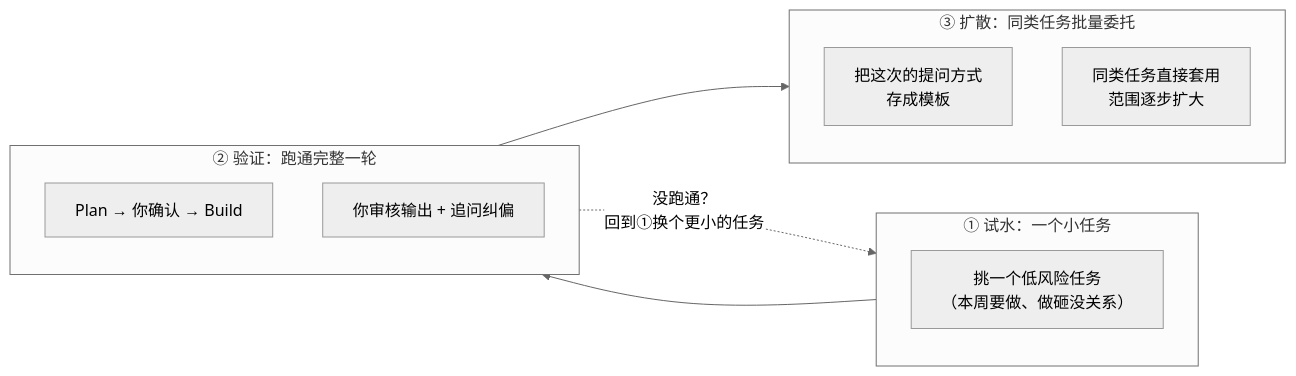
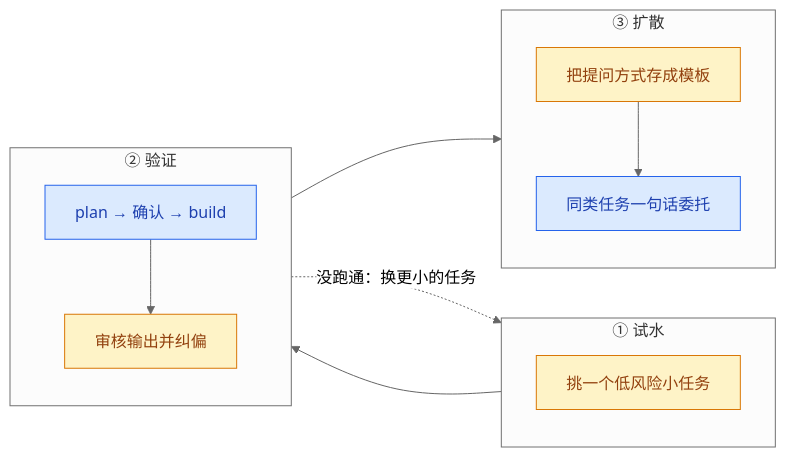
The sixth of 7 diagrams in ppt/ppt1-intro/opencode-getting-started.md (masonsxu/notes), drawn with Mermaid (neutral theme) before and after one commit. The commit also changed other lines of this file and 1 other file, not shown here.

````diff
--- a/ppt/ppt1-intro/opencode-getting-started.md
+++ b/ppt/ppt1-intro/opencode-getting-started.md
@@ -471,16 +500,17 @@
 ```mermaid
 flowchart LR
-    subgraph S1["① 试水：一个小任务"]
-        A["挑一个低风险任务<br/>（本周要做、做砸没关系）"]
+    classDef human fill:#FEF3C7,stroke:#D97706,color:#92400E
+    classDef agent fill:#DBEAFE,stroke:#2563EB,color:#1E40AF
+
+    subgraph S1["① 试水"]
+        A1["挑一个低风险小任务"]:::human
     end
-    subgraph S2["② 验证：跑通完整一轮"]
-        B["Plan → 你确认 → Build"]
-        C["你审核输出 + 追问纠偏"]
+    subgraph S2["② 验证"]
+        A2["plan → 确认 → build"]:::agent --> A3["审核输出并纠偏"]:::human
     end
-    subgraph S3["③ 扩散：同类任务批量委托"]
-        D["把这次的提问方式<br/>存成模板"]
-        E["同类任务直接套用<br/>范围逐步扩大"]
+    subgraph S3["③ 扩散"]
+        A4["把提问方式存成模板"]:::human --> A5["同类任务一句话委托"]:::agent
     end
     S1 --> S2 --> S3
-    S2 -.->|"没跑通？<br/>回到①换个更小的任务"| S1
+    S2 -.->|"没跑通：换更小的任务"| S1
 ```
````
